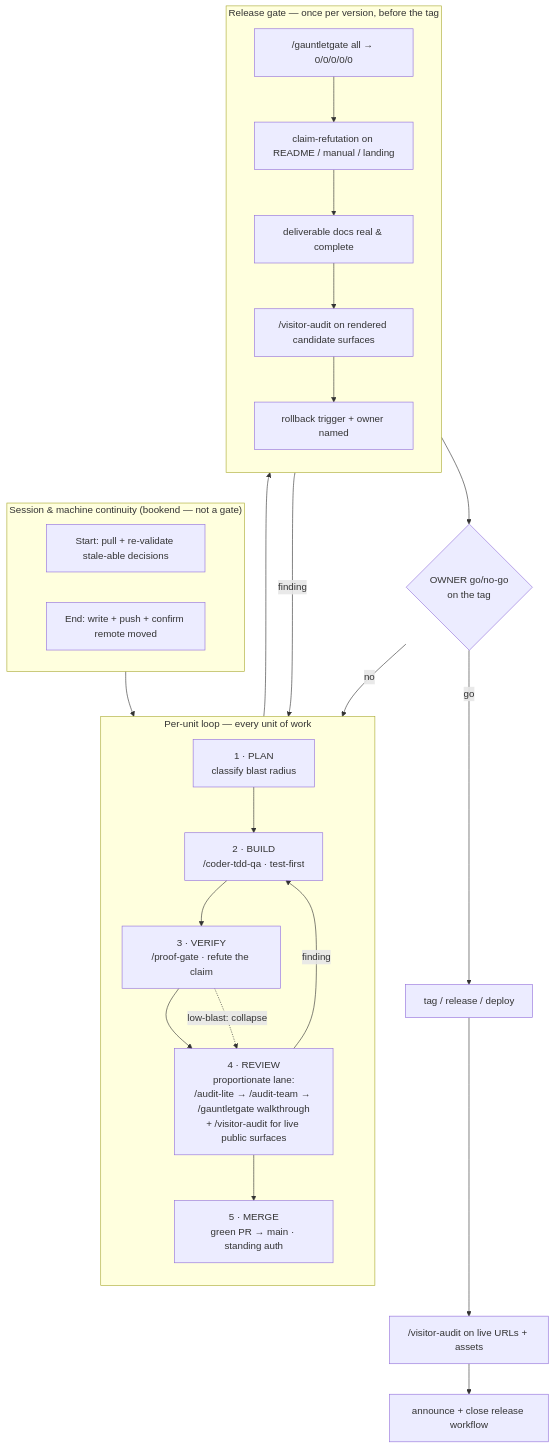
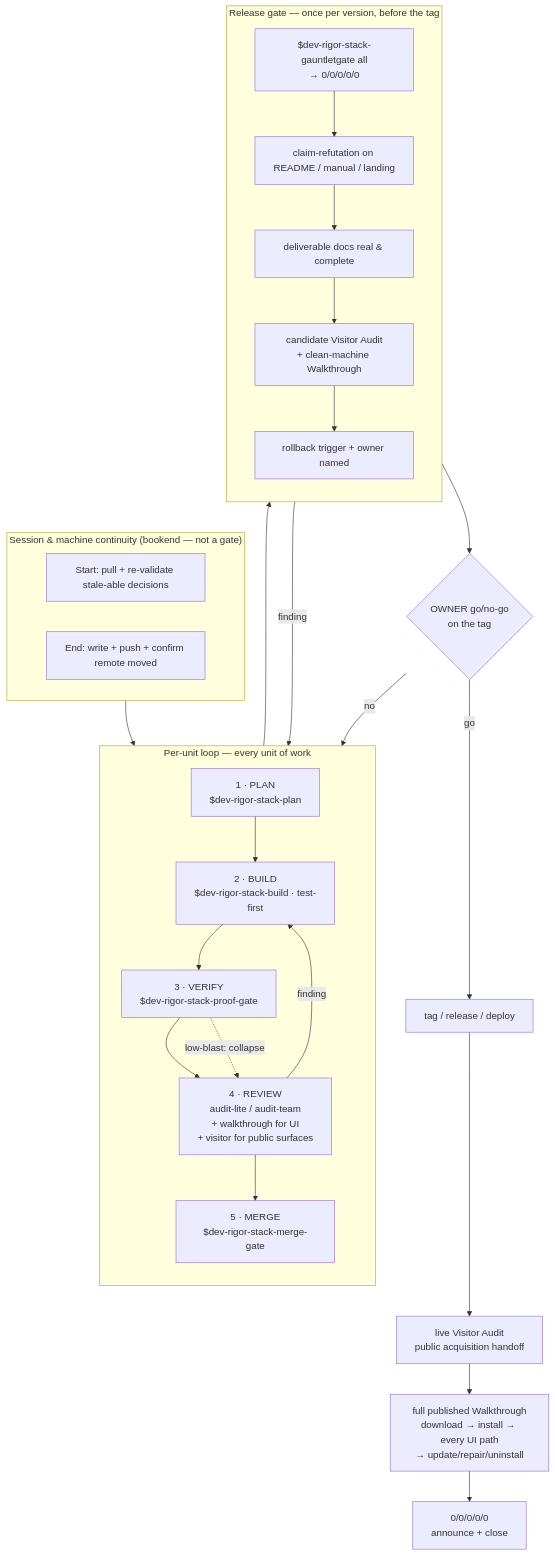
One commit to scottconverse/codex-dev-rigor-stack changed the first of 3 diagrams in docs/ARCHITECTURE.md. Above: the diagram before and after it, drawn with Mermaid. The commit also changed other lines of this file and 35 other files, not shown here.

First line of the commit message:
Strengthen Codex rigor stack 1.0 (#1)

````diff
--- a/docs/ARCHITECTURE.md
+++ b/docs/ARCHITECTURE.md
@@ -9,42 +9,43 @@
 ```mermaid
 flowchart TB
     subgraph CONT["Session & machine continuity (bookend — not a gate)"]
         direction LR
         START["Start: pull + re-validate stale-able decisions"]
         ENDS["End: write + push + confirm remote moved"]
     end
 
     CONT --> LOOP
 
     subgraph LOOP["Per-unit loop — every unit of work"]
         direction TB
-        P["1 · PLAN<br/>classify blast radius"]
-        B["2 · BUILD<br/>/coder-tdd-qa · test-first"]
-        V["3 · VERIFY<br/>/proof-gate · refute the claim"]
-        R["4 · REVIEW<br/>proportionate lane:<br/>/audit-lite → /audit-team → /gauntletgate walkthrough<br/>+ /visitor-audit for live public surfaces"]
-        M["5 · MERGE<br/>green PR → main · standing auth"]
+        P["1 · PLAN<br/>$dev-rigor-stack-plan"]
+        B["2 · BUILD<br/>$dev-rigor-stack-build · test-first"]
+        V["3 · VERIFY<br/>$dev-rigor-stack-proof-gate"]
+        R["4 · REVIEW<br/>audit-lite / audit-team<br/>+ walkthrough for UI<br/>+ visitor for public surfaces"]
+        M["5 · MERGE<br/>$dev-rigor-stack-merge-gate"]
         P --> B --> V --> R --> M
         V -. "low-blast: collapse" .-> R
     end
 
     M --> REL
 
     subgraph REL["Release gate — once per version, before the tag"]
         direction TB
-        G["/gauntletgate all → 0/0/0/0/0"]
+        G["$dev-rigor-stack-gauntletgate all<br/>→ 0/0/0/0/0"]
         C["claim-refutation on README / manual / landing"]
         D["deliverable docs real & complete"]
-        VA["/visitor-audit on rendered candidate surfaces"]
+        VA["candidate Visitor Audit<br/>+ clean-machine Walkthrough"]
         RB["rollback trigger + owner named"]
         G --> C --> D --> VA --> RB
     end
 
     REL --> TAG{"OWNER go/no-go<br/>on the tag"}
     TAG -->|go| SHIP["tag / release / deploy"]
     TAG -->|no| LOOP
-    SHIP --> LIVE["/visitor-audit on live URLs + assets"]
-    LIVE --> CLOSE["announce + close release workflow"]
+    SHIP --> LIVE["live Visitor Audit<br/>public acquisition handoff"]
+    LIVE --> WALK["full published Walkthrough<br/>download → install → every UI path<br/>→ update/repair/uninstall"]
+    WALK --> CLOSE["0/0/0/0/0<br/>announce + close"]
 
     R -->|finding| B
     G -->|finding| B
 ```
````
